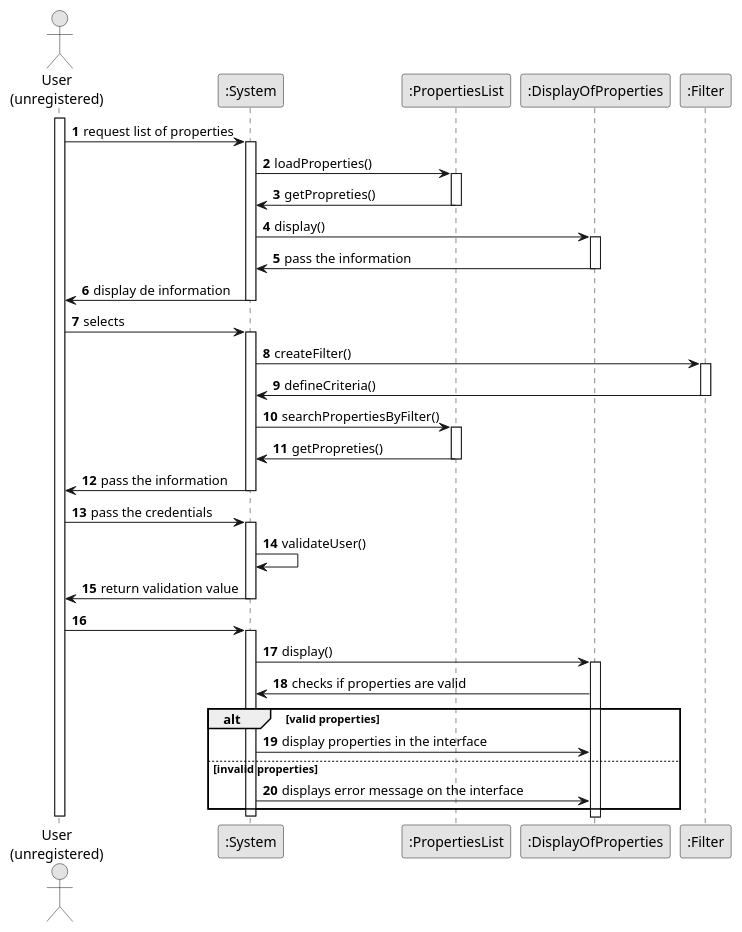
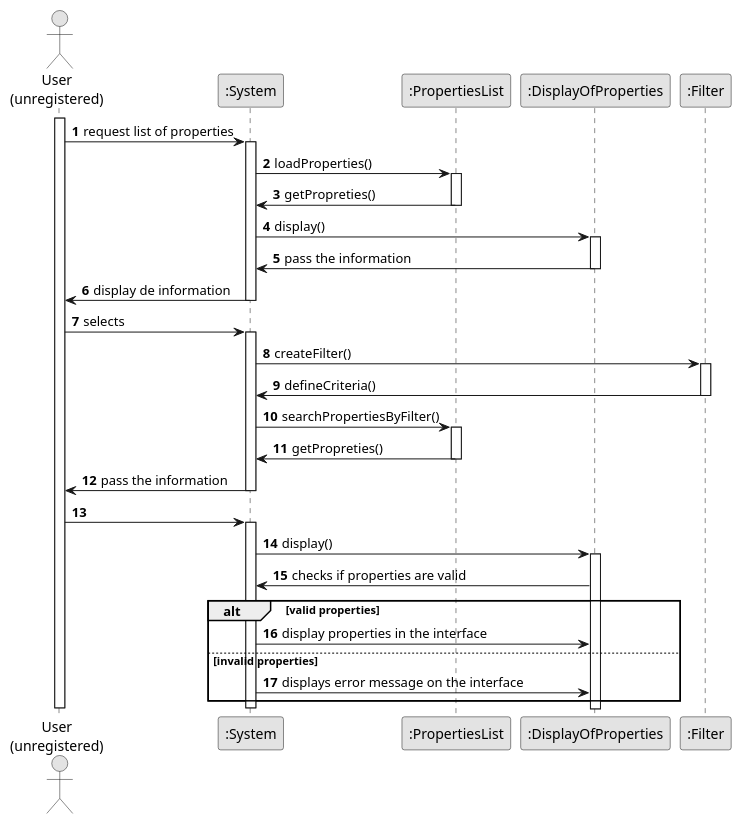
Before and after one commit to Rodrick0209/ISEP-LAPR2-22-23: the diagram in docs/Sprint-B/US001/03.design/puml/us001-sequence-diagram-full.puml, drawn with PlantUML. The commit also changed 6 other files, not shown here.

```diff
--- a/docs/Sprint-B/US001/03.design/puml/us001-sequence-diagram-full.puml
+++ b/docs/Sprint-B/US001/03.design/puml/us001-sequence-diagram-full.puml
@@ -1,86 +1,76 @@
 @startuml
 skinparam monochrome true
 skinparam packageStyle rectangle
 skinparam shadowing false
 
 autonumber
 
 actor "User\n(unregistered)" as ADM
 participant ":System" as System
 participant ":PropertiesList" as List
 participant ":DisplayOfProperties" as Display
 participant ":Filter" as Filter
 
 
 activate ADM
 
         ADM -> System : request list of properties
         activate System
 
             System -> List : loadProperties()
             activate List
 
             List -> System : getPropreties()
             deactivate List
 
             System -> Display : display()
             activate Display
 
             Display -> System : pass the information
 
             deactivate Display
 
         System -> ADM : display de information
         deactivate System
 
 
 
         ADM -> System : selects
         activate System
 
             System -> Filter : createFilter()
             activate Filter
 
             Filter -> System : defineCriteria()
             deactivate Filter
 
             System -> List : searchPropertiesByFilter()
             activate List
 
             List -> System : getPropreties()
             deactivate List
 
         System -> ADM : pass the information
         deactivate System
 
 
 
-        ADM -> System : pass the credentials
-        activate System
-
-        System -> System : validateUser()
-
-        System -> ADM : return validation value
-        deactivate System
-
-
-
         ADM -> System
         activate System
 
             System -> Display : display()
             activate Display
 
             Display -> System : checks if properties are valid
 
             alt valid properties
                 System -> Display : display properties in the interface
             else invalid properties
                 System -> Display : displays error message on the interface
             end
 
         deactivate System
 
 deactivate ADM
 
 @enduml
```
